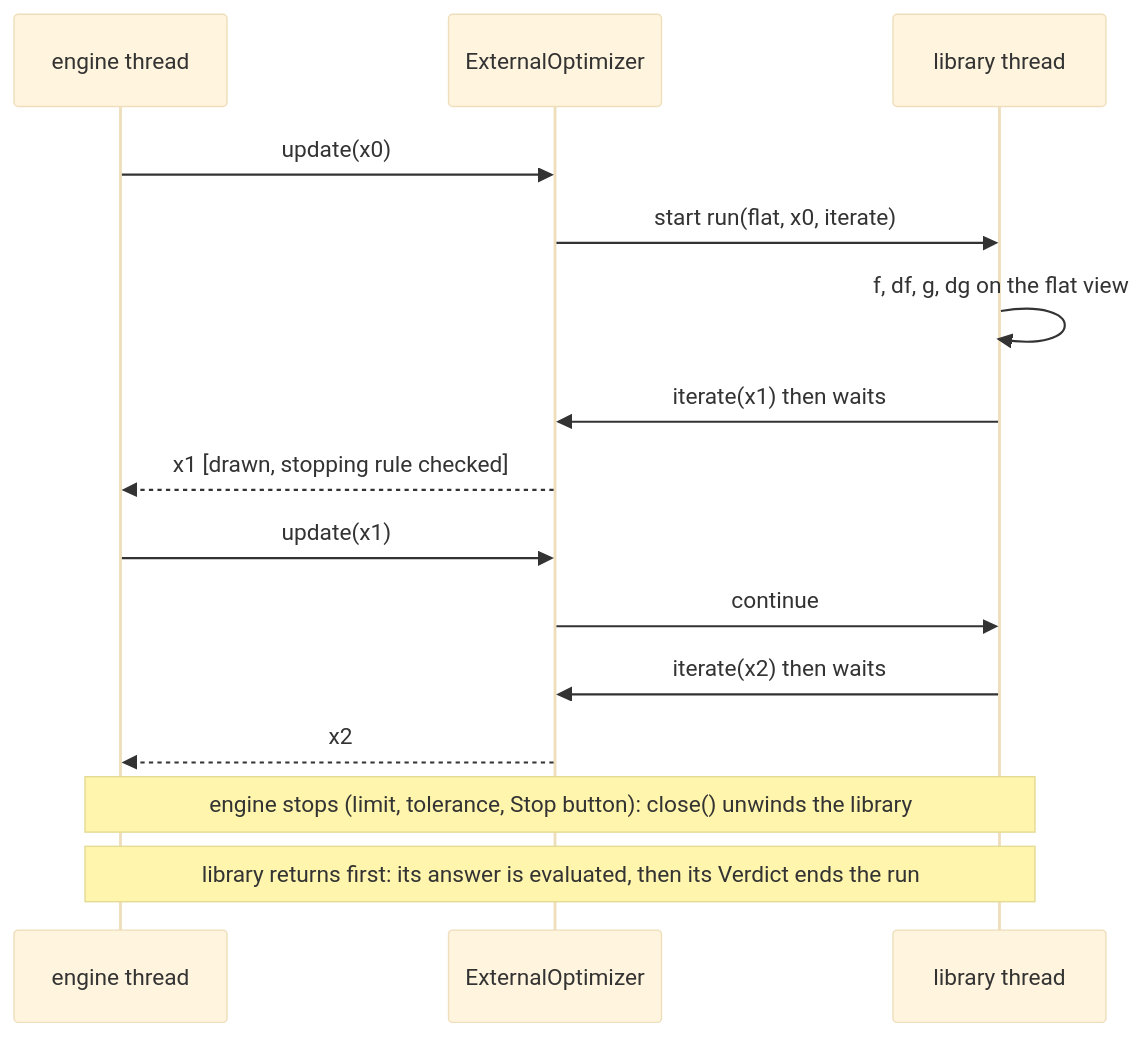
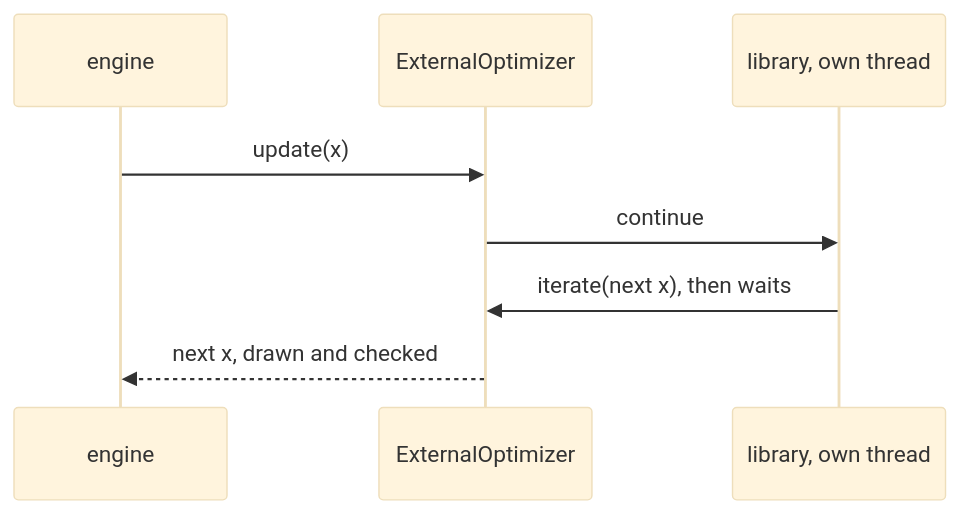
The sixth of 6 diagrams in toporia/framework/README.md (Toporia/Toporia-launcher), drawn with Mermaid (base theme) before and after one commit. The commit also changed other lines of this file and 48 other files, not shown here.

````diff
--- a/toporia/framework/README.md
+++ b/toporia/framework/README.md
@@ -199,17 +168,10 @@
 ```mermaid
 sequenceDiagram
-    participant E as engine thread
+    participant E as engine
     participant X as ExternalOptimizer
-    participant L as library thread
-    E->>X: update(x0)
-    X->>L: start run(flat, x0, iterate)
-    L->>L: f, df, g, dg on the flat view
-    L->>X: iterate(x1)  then waits
-    X-->>E: x1  [drawn, stopping rule checked]
-    E->>X: update(x1)
+    participant L as library, own thread
+    E->>X: update(x)
     X->>L: continue
-    L->>X: iterate(x2)  then waits
-    X-->>E: x2
-    Note over E,L: engine stops (limit, tolerance, Stop button): close() unwinds the library
-    Note over E,L: library returns first: its answer is evaluated, then its Verdict ends the run
+    L->>X: iterate(next x), then waits
+    X-->>E: next x, drawn and checked
 ```
````
